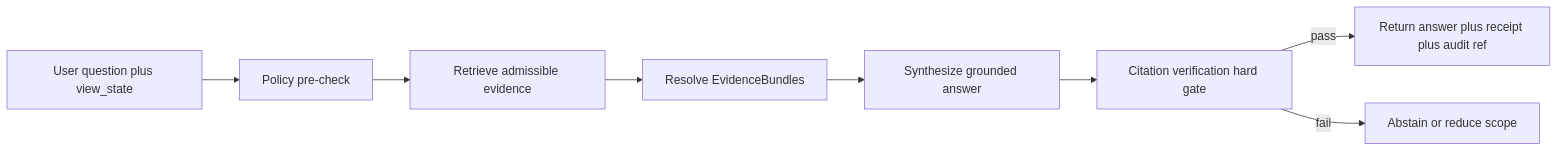
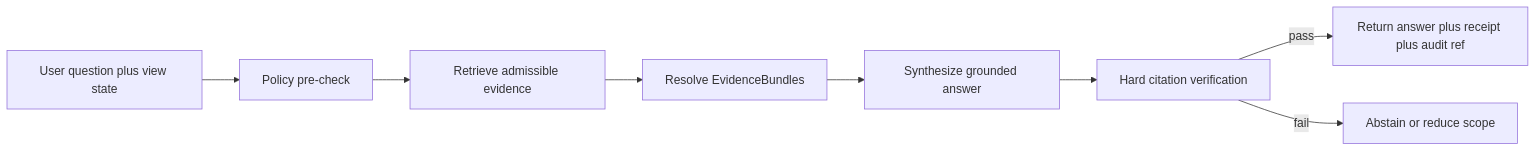
The fourth of 4 diagrams in README.md (bartytime4life/Kansas-Frontier-Matrix), drawn with Mermaid before and after one commit. The commit also changed other lines of this file, not shown here.

````diff
--- a/README.md
+++ b/README.md
@@ -199,10 +214,10 @@
 ```mermaid
 flowchart LR
-  Q[User question plus view_state] --> P[Policy pre-check]
+  Q[User question plus view state] --> P[Policy pre-check]
   P --> R[Retrieve admissible evidence]
   R --> B[Resolve EvidenceBundles]
   B --> S[Synthesize grounded answer]
-  S --> V[Citation verification hard gate]
+  S --> V[Hard citation verification]
   V -->|pass| O[Return answer plus receipt plus audit ref]
   V -->|fail| A[Abstain or reduce scope]
 ```
````
